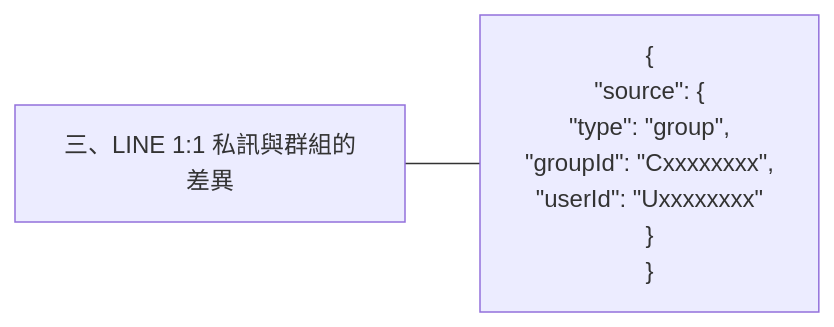
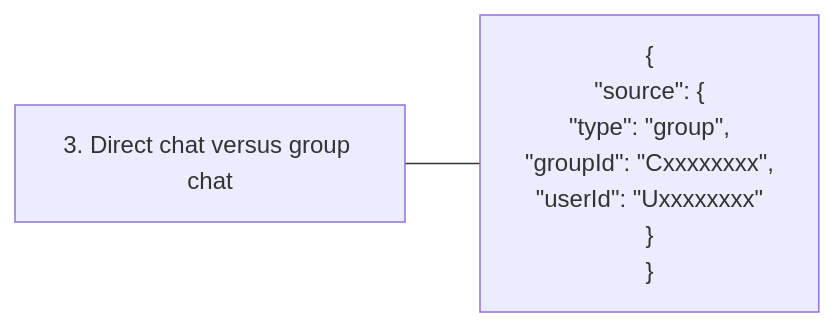
The tenth of 38 diagrams in docs/proposals/line-engineering/README.md (963sup/line-mini-app-bot), drawn with Mermaid before and after one commit. The commit also changed other lines of this file and 341 other files, not shown here.

````diff
--- a/docs/proposals/line-engineering/README.md
+++ b/docs/proposals/line-engineering/README.md
@@ -135,5 +139,5 @@
 ```mermaid
 flowchart LR
-  h["三、LINE 1:1 私訊與群組的差異"]
+  h["3. Direct chat versus group chat"]
   h --- n0["{<br/>  #quot;source#quot;: {<br/>    #quot;type#quot;: #quot;group#quot;,<br/>    #quot;groupId#quot;: #quot;Cxxxxxxxx#quot;,<br/>    #quot;userId#quot;: #quot;Uxxxxxxxx#quot;<br/>  }<br/>}"]
 ```
````
